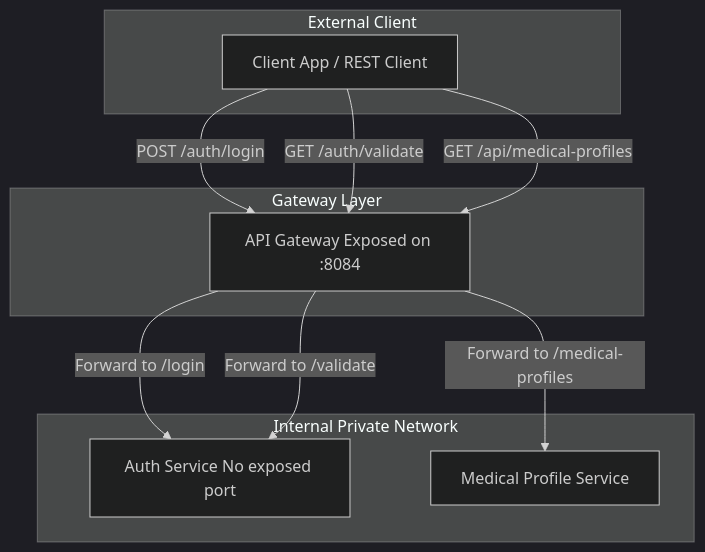
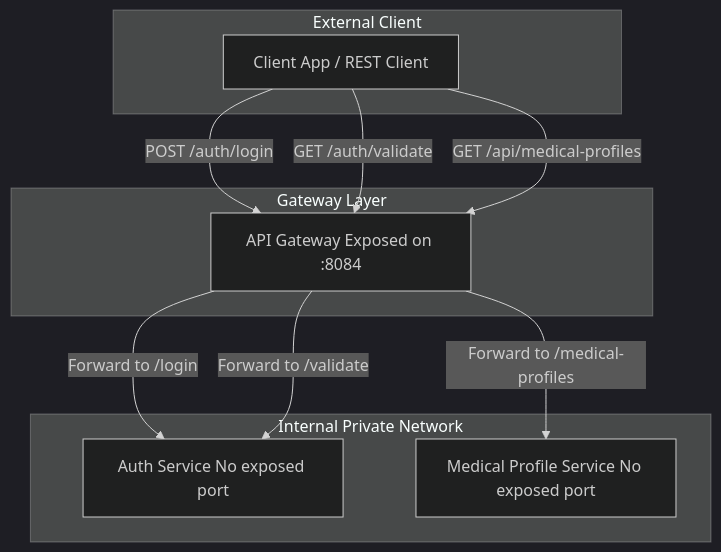
One commit to PritiAryal/MediCore changed the sixth of 8 diagrams in README.md. Above: the diagram before and after it, drawn with Mermaid (dark theme). The commit also changed other lines of this file and 1 other file, not shown here.

````diff
--- a/README.md
+++ b/README.md
@@ -1070,25 +1091,25 @@
 ```mermaid
 graph TD
 subgraph External Client
 CLIENT[Client App / REST Client]
 end
 
     subgraph Gateway Layer
         GATEWAY[API Gateway Exposed on :8084]
     end
 
     subgraph Internal Private Network
         AUTH[Auth Service No exposed port]
-        PROFILE[Medical Profile Service]
+        PROFILE[Medical Profile Service No exposed port]
     end
 
     %% External Requests
     CLIENT -->|POST /auth/login| GATEWAY
     CLIENT -->|GET /auth/validate| GATEWAY
     CLIENT -->|GET /api/medical-profiles| GATEWAY
 
     %% Gateway Routing
     GATEWAY -->|Forward to /login| AUTH
     GATEWAY -->|Forward to /validate| AUTH
     GATEWAY -->|Forward to /medical-profiles| PROFILE
 ```
````
